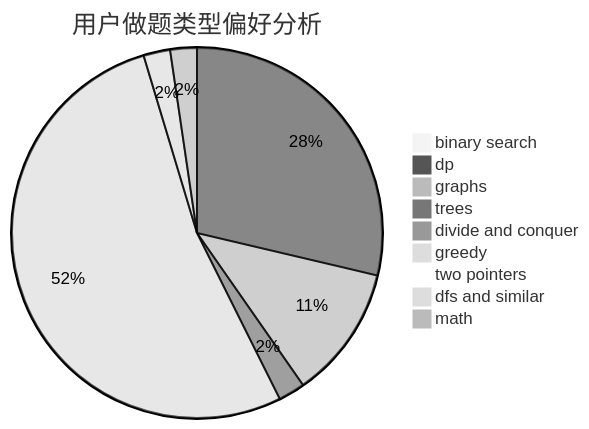
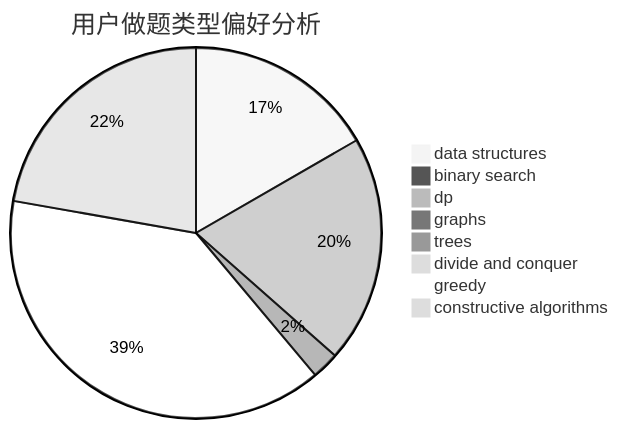
Before and after one commit to sherpahu/cfrs.github.io: the second of 3 diagrams in docs/user/u1855.md, drawn with Mermaid (neutral theme). The commit also changed other lines of this file and 2775 other files, not shown here.

````diff
--- a/docs/user/u1855.md
+++ b/docs/user/u1855.md
@@ -23,12 +23,11 @@
 ```mermaid
 pie title 用户做题类型偏好分析
-    "binary search" :  1
-    "dp" :  37
-    "graphs" :  15
+    "data structures" :  21
+    "binary search" :  0
+    "dp" :  25
+    "graphs" :  0
     "trees" :  3
     "divide and conquer" :  0
-    "greedy" :  68
-    "two pointers" :  1
-    "dfs and similar" :  3
-    "math" :  3
+    "greedy" :  49
+    "constructive algorithms" :  28
 ```
````
